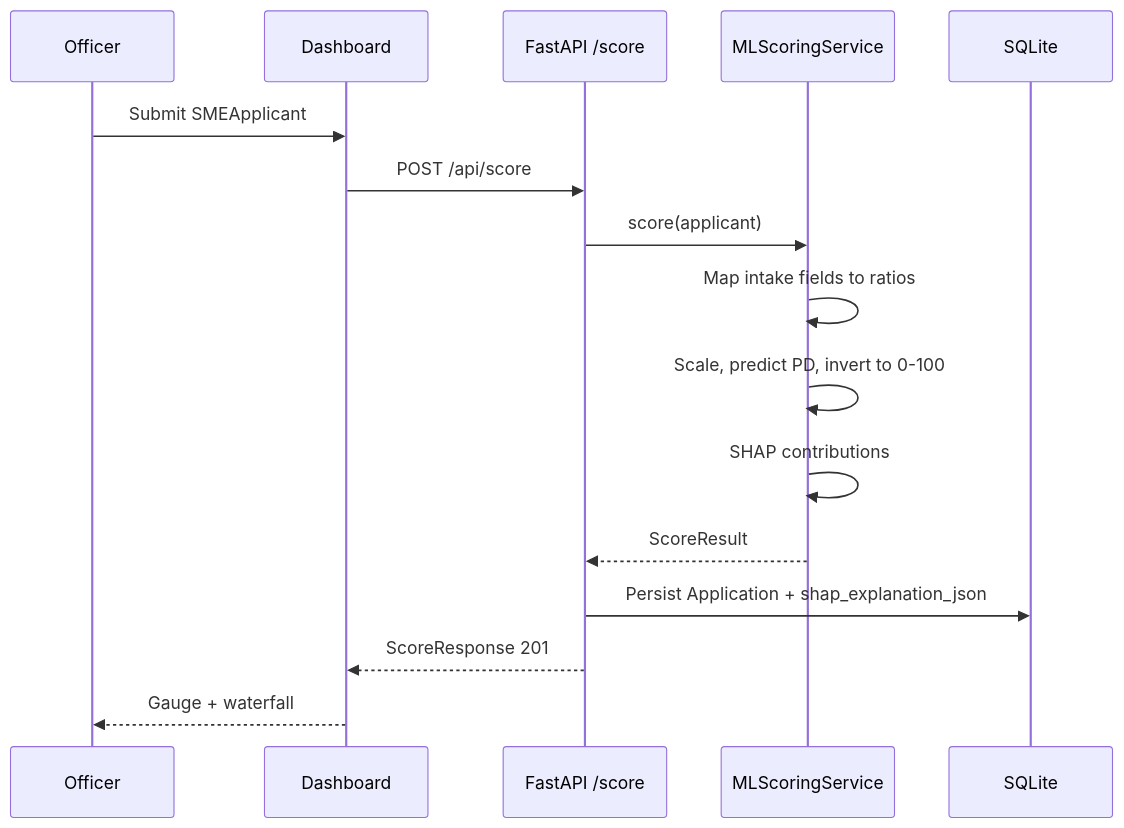
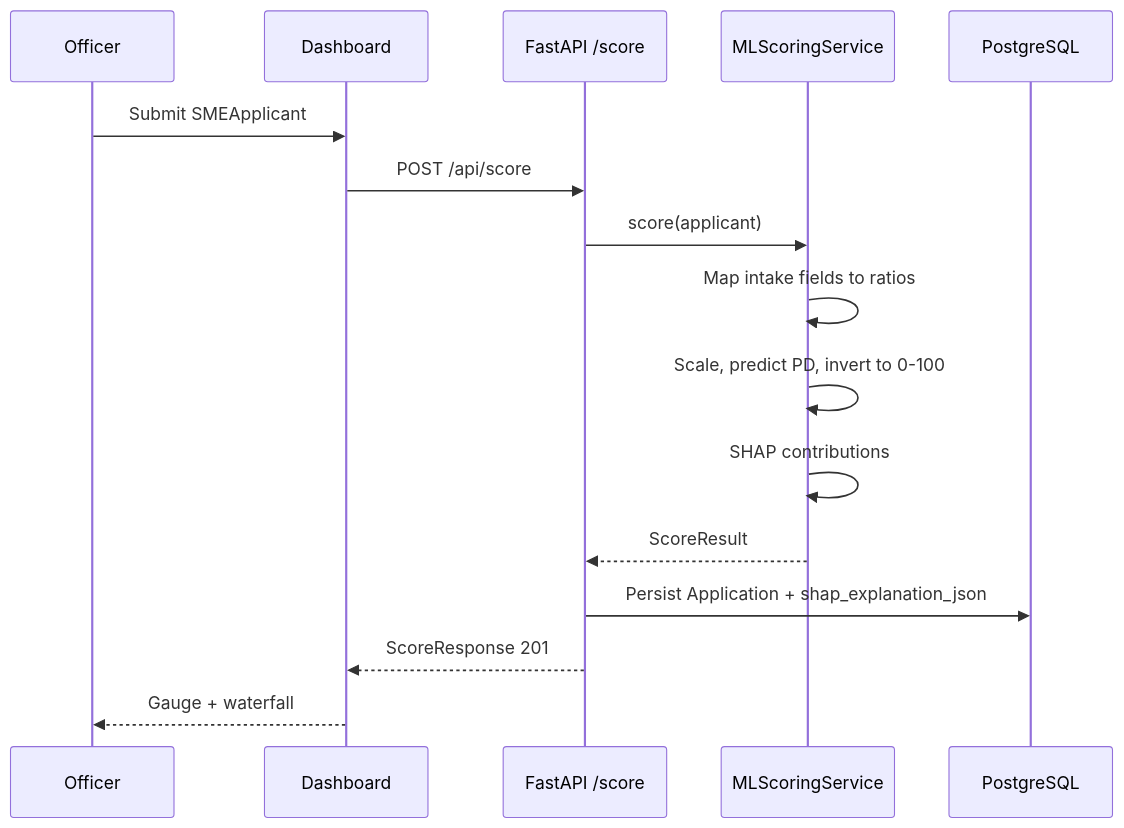
One commit to Idreesi8/ForiFlow changed the second of 5 diagrams in docs/architecture.md. Above: the diagram before and after it, drawn with Mermaid. The commit also changed other lines of this file and 32 other files, not shown here.

````diff
--- a/docs/architecture.md
+++ b/docs/architecture.md
@@ -32,19 +32,19 @@
 ```mermaid
 sequenceDiagram
     participant Officer
     participant Dashboard
     participant API as FastAPI /score
     participant Engine as MLScoringService
-    participant DB as SQLite
+    participant DB as PostgreSQL
 
     Officer->>Dashboard: Submit SMEApplicant
     Dashboard->>API: POST /api/score
     API->>Engine: score(applicant)
     Engine->>Engine: Map intake fields to ratios
     Engine->>Engine: Scale, predict PD, invert to 0-100
     Engine->>Engine: SHAP contributions
     Engine-->>API: ScoreResult
     API->>DB: Persist Application + shap_explanation_json
     API-->>Dashboard: ScoreResponse 201
     Dashboard-->>Officer: Gauge + waterfall
 ```
````
